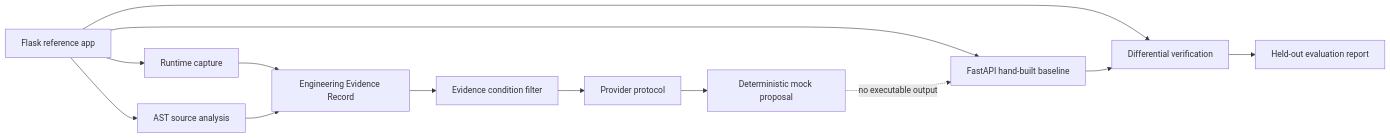
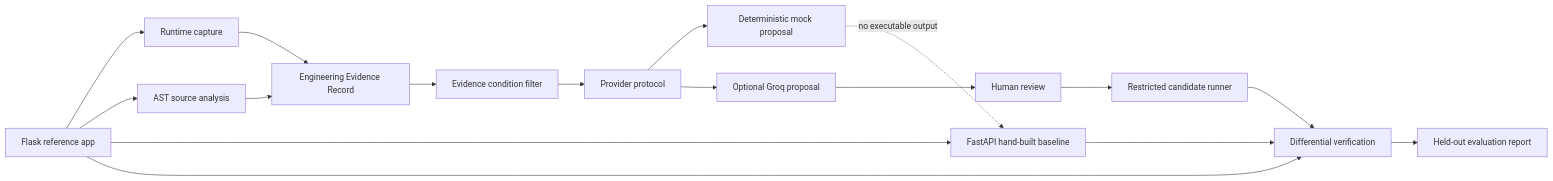
One commit to karthik-009g/LegacyLift-AI-Assisted-Legacy-Software-Modernization-with-Automated-Functional-Verification changed the diagram in docs/architecture.md. Above: the diagram before and after it, drawn with Mermaid. The commit also changed other lines of this file and 14 other files, not shown here.

Commit message:
Add reviewed proposal evaluation runner

````diff
--- a/docs/architecture.md
+++ b/docs/architecture.md
@@ -5,15 +5,19 @@
 ```mermaid
 flowchart LR
     A[Flask reference app] --> B[Runtime capture]
     A --> C[AST source analysis]
     B --> D[Engineering Evidence Record]
     C --> D
     D --> E[Evidence condition filter]
     E --> F[Provider protocol]
     F --> G[Deterministic mock proposal]
+    F --> K[Optional Groq proposal]
+    K --> L[Human review]
+    L --> M[Restricted candidate runner]
+    M --> I
     A --> H[FastAPI hand-built baseline]
     G -. no executable output .-> H
     A --> I[Differential verification]
     H --> I
     I --> J[Held-out evaluation report]
 ```
````
